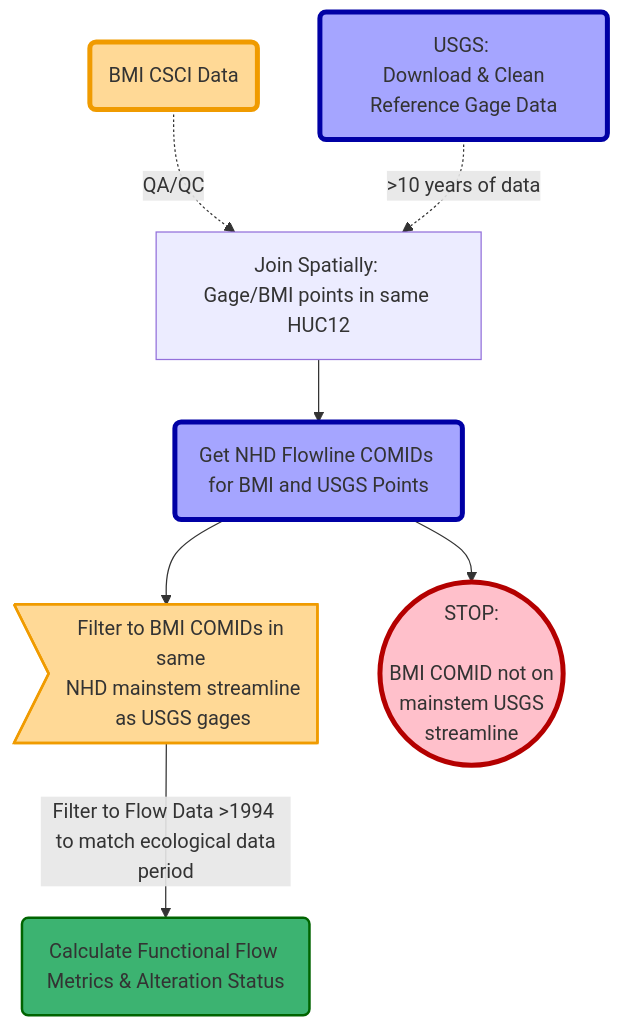
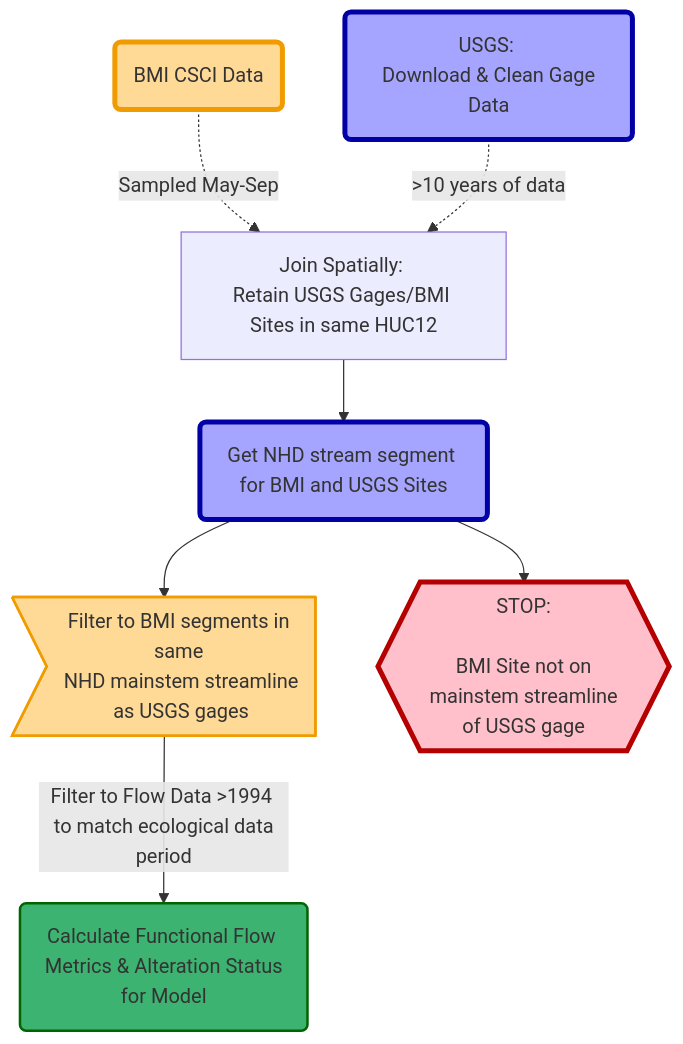
Before and after one commit to ceff-tech/bmi_ffm_links: the diagram in docs/analysis_flowchart_spatial_join.mmd, drawn with Mermaid. The commit also changed 6 other files, not shown here.

```diff
--- a/docs/analysis_flowchart_spatial_join.mmd
+++ b/docs/analysis_flowchart_spatial_join.mmd
@@ -1,15 +1,15 @@
 graph TB;
 
-  A(BMI CSCI Data)-.->|QA/QC| C[Join Spatially: <br>Gage/BMI points in same HUC12]
-  B(USGS: <br> Download & Clean Reference Gage Data)-.->|>10 years of data| C
-  C--> D(Get NHD Flowline COMIDs for BMI and USGS Points)
-  D--> E>Filter to BMI COMIDs in same <br> NHD mainstem streamline as USGS gages]
-  D--> F((STOP: <br><br> BMI COMID not on <br>mainstem USGS <br>streamline))
-  E-->|Filter to Flow Data >1994 <br> to match ecological data period| G(Calculate Functional Flow Metrics & Alteration Status)
+  A(BMI CSCI Data)-.->|Sampled May-Sep| C[Join Spatially: <br>Retain USGS Gages/BMI Sites in same HUC12]
+  B(USGS: <br> Download & Clean Gage Data)-.->|>10 years of data| C
+  C--> D(Get NHD stream segment for BMI and USGS Sites)
+  D--> E>Filter to BMI segments in same <br> NHD mainstem streamline as USGS gages]
+  D--> F{{STOP: <br><br> BMI Site not on <br>mainstem streamline<br>of USGS gage}}
+  E-->|Filter to Flow Data >1994 <br> to match ecological data period| G(Calculate Functional Flow Metrics & Alteration Status<br>for Model)
   
   style A fill:#ffd996,stroke:#f09b00,stroke-width:4px
   style B fill:#a5a5ff,stroke:#0000a5,stroke-width:4px
   style E fill:#ffd996,stroke:#f09b00,stroke-width:2px
   style D fill:#a5a5ff,stroke:#0000a5,stroke-width:4px
   style F fill:#ffc0cb,stroke:#b40000,stroke-width:4px
   style G fill:#3CB371,stroke:#006400,stroke-width:2px
```
